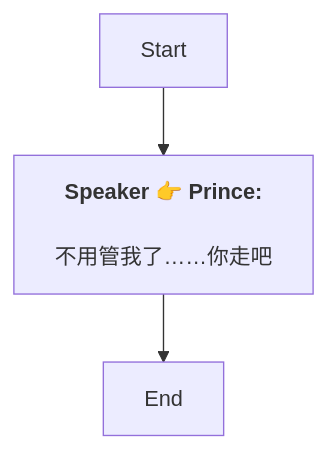
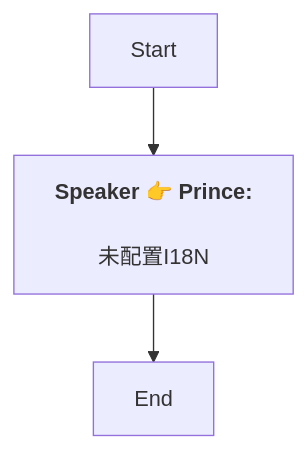
Before and after one commit to SoftHu/tos_avg: the diagram in Zh/AddDialogNode_1756587804491308.md, drawn with Mermaid. The commit also changed 730 other files, not shown here.

````diff
--- a/Zh/AddDialogNode_1756587804491308.md
+++ b/Zh/AddDialogNode_1756587804491308.md
@@ -1,7 +1,7 @@
 ```mermaid
 graph
 Start -->1756592167693871[<b>Speaker 👉 Prince:</b>
-\n不用管我了……你走吧]
+\n未配置I18N]
 1756592167693871 -->1756592201024048[End]
 
 ```
````
